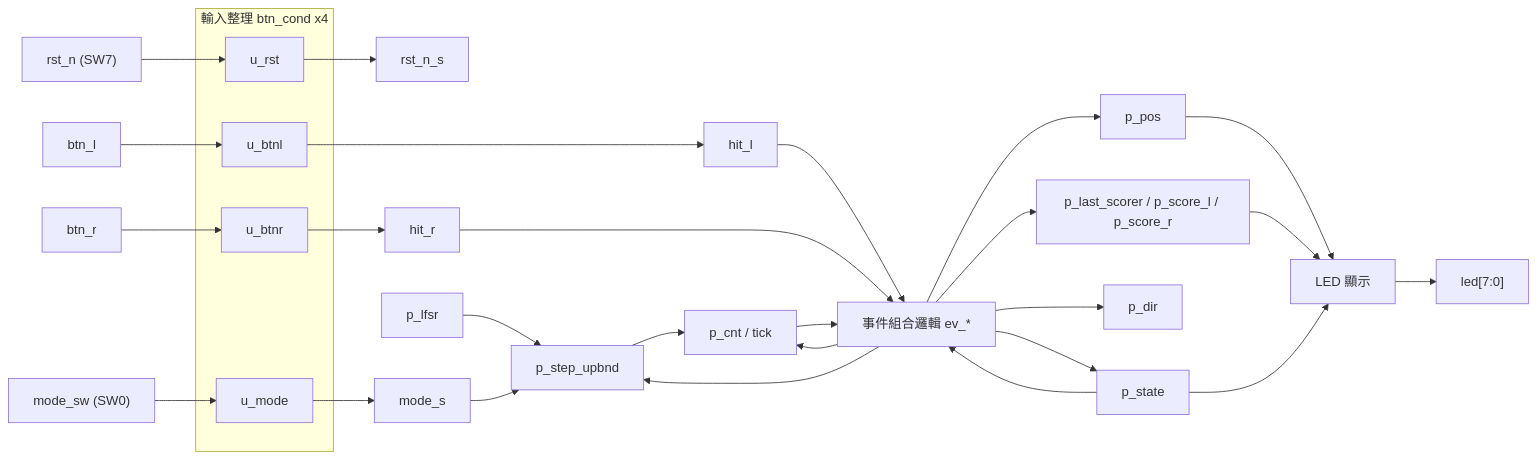
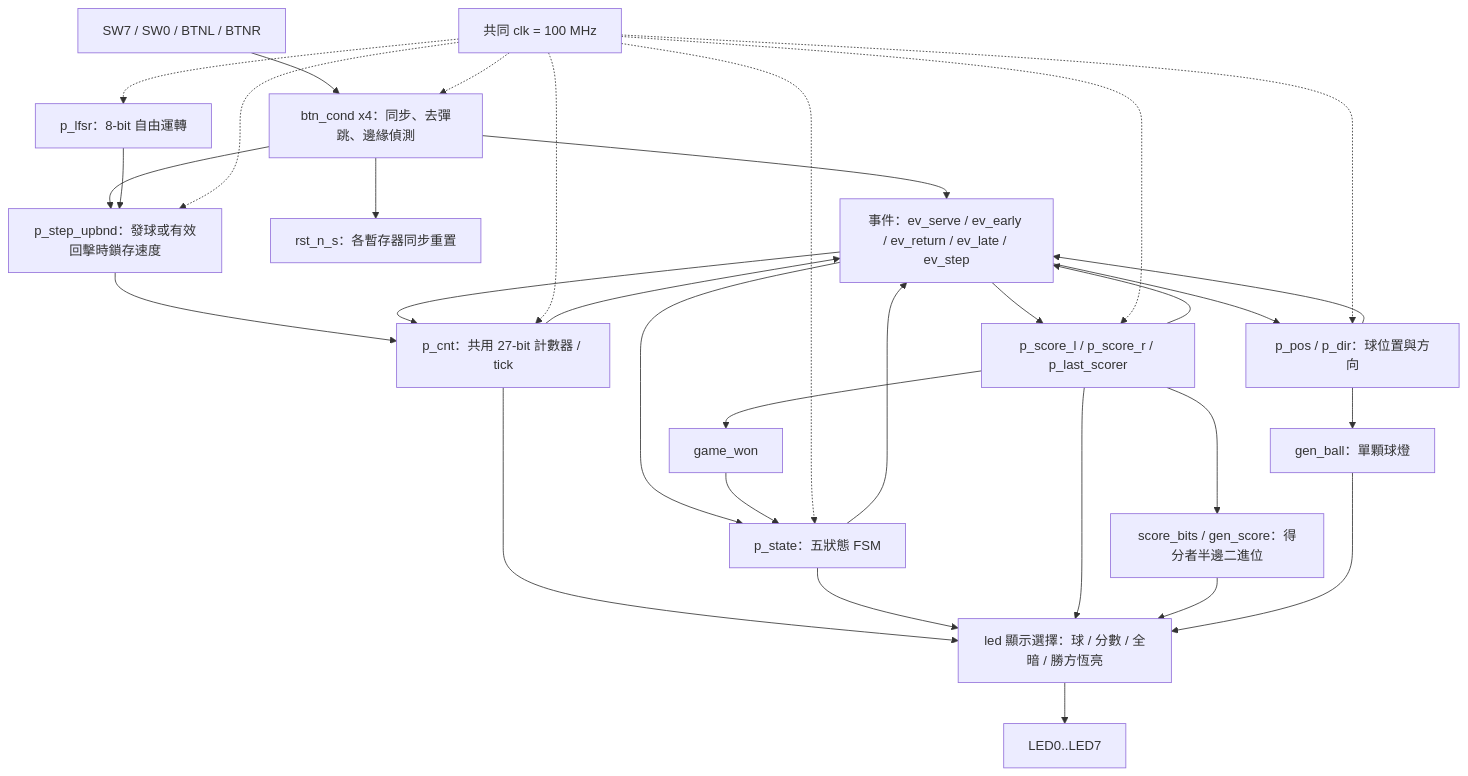
One commit to raygarrix2006/FPGA changed the diagram in pingpong-led-fpga/docs/03-design.md. Above: the diagram before and after it, drawn with Mermaid. The commit also changed other lines of this file and 36 other files, not shown here.

````diff
--- a/pingpong-led-fpga/docs/03-design.md
+++ b/pingpong-led-fpga/docs/03-design.md
@@ -15,30 +15,33 @@
 ```mermaid
-flowchart LR
-    subgraph IN["輸入整理 btn_cond x4"]
-        U1["u_rst"]
-        U2["u_mode"]
-        U3["u_btnl"]
-        U4["u_btnr"]
-    end
-    RST["rst_n (SW7)"] --> U1 --> RSTS["rst_n_s"]
-    MODE["mode_sw (SW0)"] --> U2 --> MODES["mode_s"]
-    BL["btn_l"] --> U3 --> HL["hit_l"]
-    BR["btn_r"] --> U4 --> HR["hit_r"]
-    HL --> EV
-    HR --> EV
-    EV["事件組合邏輯 ev_*"] --> FSM["p_state"]
-    EV --> CNT["p_cnt / tick"]
-    EV --> POS["p_pos"]
-    EV --> DIR["p_dir"]
-    EV --> SC["p_last_scorer / p_score_l / p_score_r"]
-    EV --> SPD["p_step_upbnd"]
-    LFSR["p_lfsr"] --> SPD
-    MODES --> SPD
-    SPD --> CNT
-    FSM --> EV
-    CNT --> EV
-    POS --> LEDS["LED 顯示"]
-    SC --> LEDS
-    FSM --> LEDS
-    LEDS --> LED["led[7:0]"]
+flowchart TB
+    EXT["SW7 / SW0 / BTNL / BTNR"] --> INPUT["btn_cond x4：同步、去彈跳、邊緣偵測"]
+    INPUT --> EV["事件：ev_serve / ev_early / ev_return / ev_late / ev_step"]
+    INPUT --> RESET["rst_n_s：各暫存器同步重置"]
+    INPUT --> SPEED["p_step_upbnd：發球或有效回擊時鎖存速度"]
+    RNG["p_lfsr：8-bit 自由運轉"] --> SPEED
+    SPEED --> TIMER["p_cnt：共用 27-bit 計數器 / tick"]
+    TIMER --> EV
+    FSM["p_state：五狀態 FSM"] --> EV
+    EV --> FSM
+    EV --> TIMER
+    EV --> BALL["p_pos / p_dir：球位置與方向"]
+    BALL --> EV
+    EV --> SCORE["p_score_l / p_score_r / p_last_scorer"]
+    SCORE --> EV
+    SCORE --> WON["game_won"] --> FSM
+    BALL --> BALLLED["gen_ball：單顆球燈"]
+    SCORE --> BIN["score_bits / gen_score：得分者半邊二進位"]
+    TIMER --> MUX["led 顯示選擇：球 / 分數 / 全暗 / 勝方恆亮"]
+    FSM --> MUX
+    SCORE --> MUX
+    BIN --> MUX
+    BALLLED --> MUX
+    MUX --> LED["LED0..LED7"]
+    CLK["共同 clk = 100 MHz"] -.-> INPUT
+    CLK -.-> FSM
+    CLK -.-> TIMER
+    CLK -.-> BALL
+    CLK -.-> SCORE
+    CLK -.-> RNG
+    CLK -.-> SPEED
 ```
````
